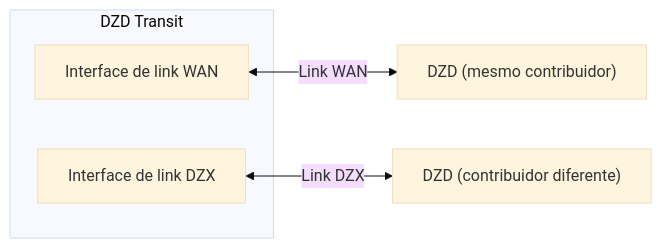
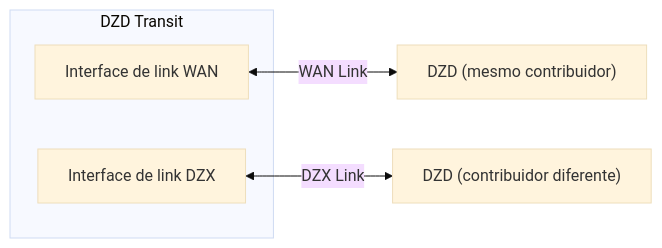
One commit to malbeclabs/docs changed the sixth of 13 diagrams in docs/contribute-provisioning.pt.md. Above: the diagram before and after it, drawn with Mermaid (base theme). The commit also changed other lines of this file and 130 other files, not shown here.

````diff
--- a/docs/contribute-provisioning.pt.md
+++ b/docs/contribute-provisioning.pt.md
@@ -292,9 +292,9 @@
 ```mermaid
 flowchart LR
     subgraph TDZD[DZD Transit]
         T_WAN["Interface de link WAN"]
         T_DZX["Interface de link DZX"]
     end
-    T_WAN <-->|Link WAN| T2["DZD (mesmo contribuidor)"]
-    T_DZX <-->|Link DZX| TD["DZD (contribuidor diferente)"]
+    T_WAN <-->|WAN Link| T2["DZD (mesmo contribuidor)"]
+    T_DZX <-->|DZX Link| TD["DZD (contribuidor diferente)"]
 ```
````
